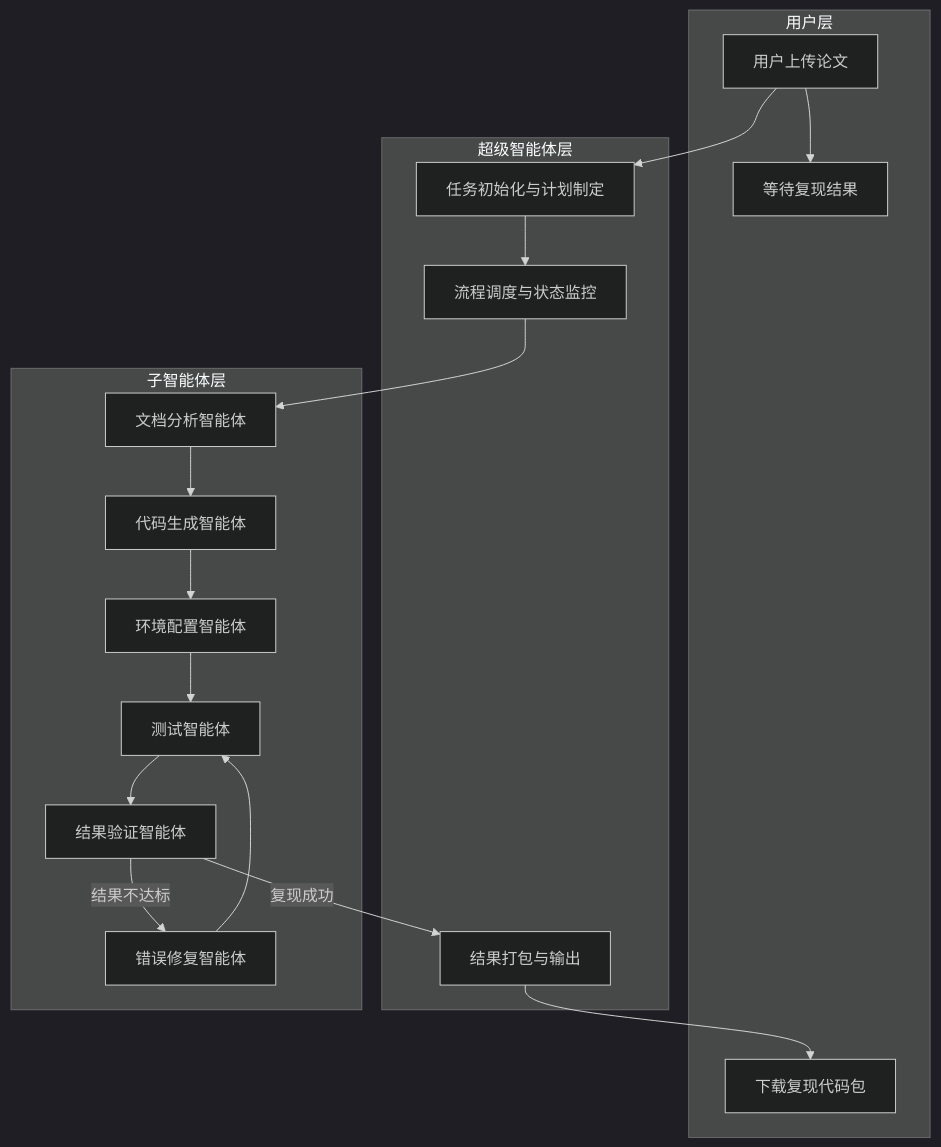
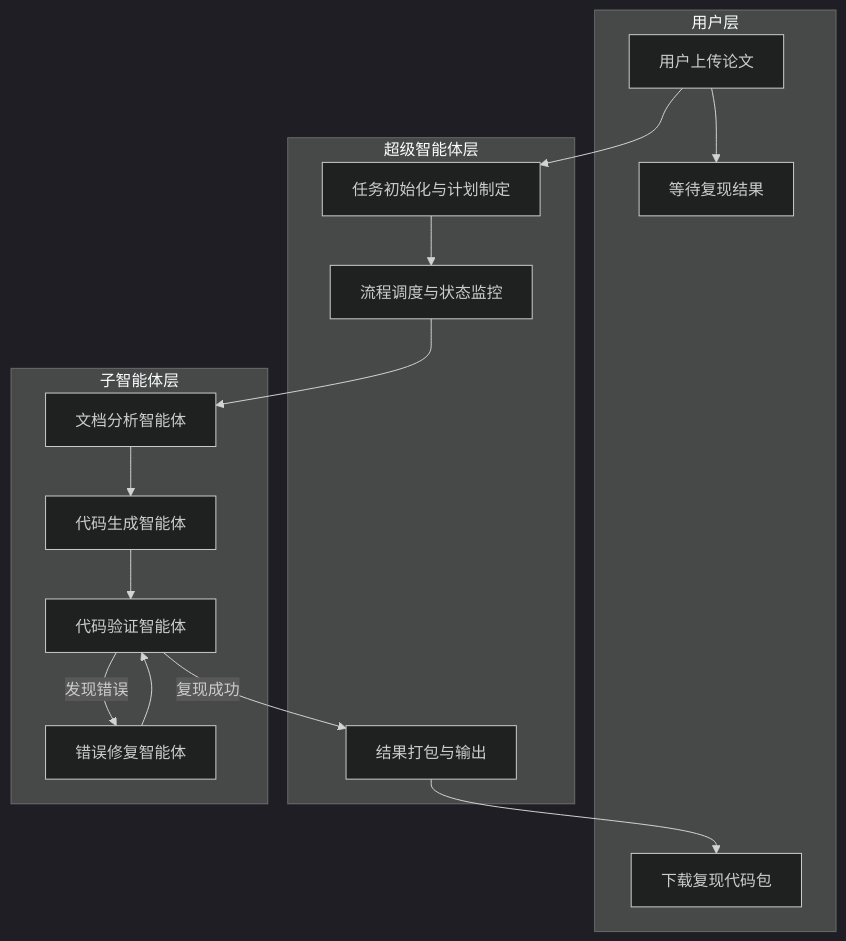
Before and after one commit to hongshixian/MultiAgentPaperCoder: the first of 4 diagrams in 项目设计Document毕业论文参考.md, drawn with Mermaid (dark theme). The commit also changed other lines of this file and 1 other file, not shown here.

````diff
--- a/项目设计Document毕业论文参考.md
+++ b/项目设计Document毕业论文参考.md
@@ -54,34 +54,30 @@
 ```mermaid
 flowchart TD
     subgraph 用户层
         A[用户上传论文] --> B[等待复现结果]
         H[下载复现代码包]
     end
-    
+
     subgraph 超级智能体层
         C[任务初始化与计划制定]
         D[流程调度与状态监控]
         G[结果打包与输出]
     end
-    
+
     subgraph 子智能体层
         E1[文档分析智能体]
         E2[代码生成智能体]
-        E3[环境配置智能体]
-        E4[测试智能体]
-        E5[错误修复智能体]
-        E6[结果验证智能体]
+        E3[代码验证智能体]
+        E4[错误修复智能体]
     end
-    
+
     A --> C
     C --> D
     D --> E1
     E1 --> E2
     E2 --> E3
-    E3 --> E4
-    E4 --> E6
-    E6 -->|结果不达标| E5
-    E5 --> E4
-    E6 -->|复现成功| G
+    E3 -->|发现错误| E4
+    E4 --> E3
+    E3 -->|复现成功| G
     G --> H
 ```
````
